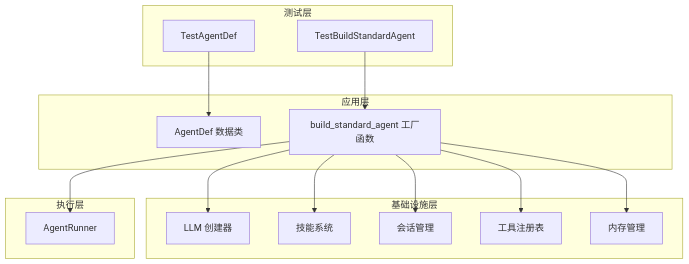
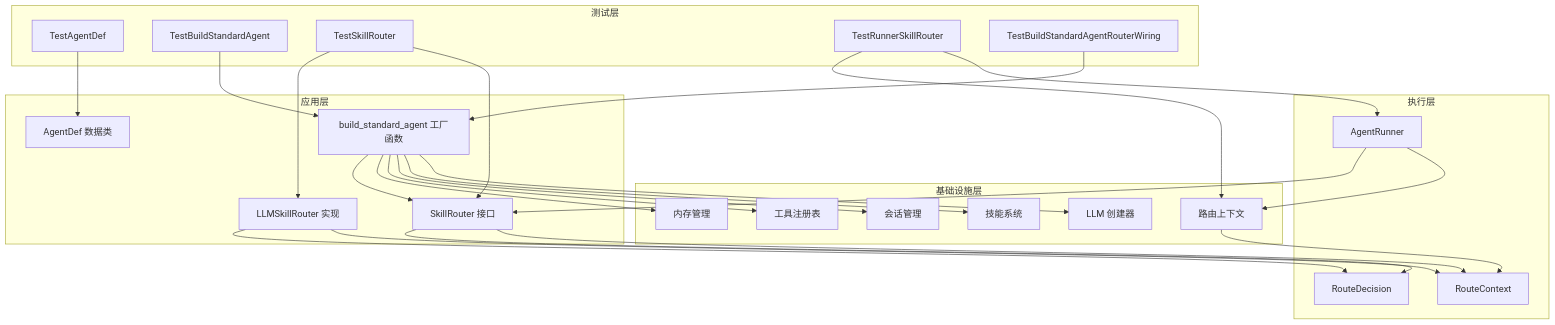
The fourth of 18 diagrams in repowiki/zh/content/测试策略/单元测试/智能体工厂单元测试.md (YU-JI-KUI/ark-agentic), drawn with Mermaid before and after one commit. The commit also changed other lines of this file and 7 other files, not shown here.

````diff
--- a/repowiki/zh/content/测试策略/单元测试/智能体工厂单元测试.md
+++ b/repowiki/zh/content/测试策略/单元测试/智能体工厂单元测试.md
@@ -146,29 +169,49 @@
 ```mermaid
 graph TB
 subgraph "测试层"
 A[TestAgentDef]
 B[TestBuildStandardAgent]
+C[TestSkillRouter]
+D[TestRunnerSkillRouter]
+E[TestBuildStandardAgentRouterWiring]
 end
 subgraph "应用层"
-C[AgentDef 数据类]
-D[build_standard_agent 工厂函数]
+F[AgentDef 数据类]
+G[build_standard_agent 工厂函数]
+H[SkillRouter 接口]
+I[LLMSkillRouter 实现]
 end
 subgraph "基础设施层"
-E[LLM 创建器]
-F[技能系统]
-G[会话管理]
-H[工具注册表]
-I[内存管理]
+J[LLM 创建器]
+K[技能系统]
+L[会话管理]
+M[工具注册表]
+N[内存管理]
+O[路由上下文]
 end
 subgraph "执行层"
-J[AgentRunner]
+P[AgentRunner]
+Q[RouteContext]
+R[RouteDecision]
 end
-A --> C
-B --> D
-D --> E
-D --> F
-D --> G
-D --> H
-D --> I
-D --> J
+A --> F
+B --> G
+C --> H
+C --> I
+D --> P
+D --> O
+E --> G
+G --> J
+G --> K
+G --> L
+G --> M
+G --> N
+G --> H
+H --> Q
+H --> R
+I --> Q
+I --> R
+O --> Q
+P --> O
+P --> H
 ```
````
